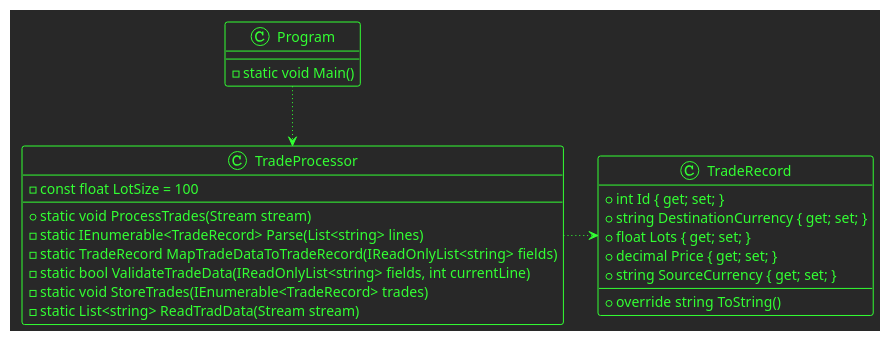
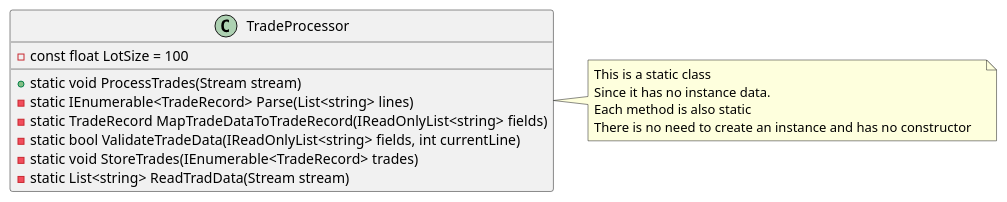
Before and after one commit to Shane-Wilson-class/solid-project-1: the diagram in solid-project-1/solid-project-1.puml, drawn with PlantUML. The commit also changed 3 other files, not shown here.

```diff
--- a/solid-project-1/solid-project-1.puml
+++ b/solid-project-1/solid-project-1.puml
@@ -1,29 +1,21 @@
 @startuml
-!theme crt-green
+
 
 class TradeProcessor {
 - const float LotSize = 100
 + static void ProcessTrades(Stream stream)
 - static IEnumerable<TradeRecord> Parse(List<string> lines)
 - static TradeRecord MapTradeDataToTradeRecord(IReadOnlyList<string> fields)
 - static bool ValidateTradeData(IReadOnlyList<string> fields, int currentLine)
 - static void StoreTrades(IEnumerable<TradeRecord> trades)
 - static List<string> ReadTradData(Stream stream)
 }
 
-class TradeRecord {
-+ int Id { get; set; }
-+ string DestinationCurrency { get; set; }
-+ float Lots { get; set; }
-+ decimal Price { get; set; }
-+ string SourceCurrency { get; set; }
-+ override string ToString()
-}
+note right of TradeProcessor
+   This is a static class
+   Since it has no instance data.
+   Each method is also static
+   There is no need to create an instance and has no constructor   
+end note
 
-class Program {
-- static void Main()
-}
-
-Program -[dotted]->TradeProcessor
-TradeProcessor -right[dotted]-> TradeRecord
 @enduml
```
